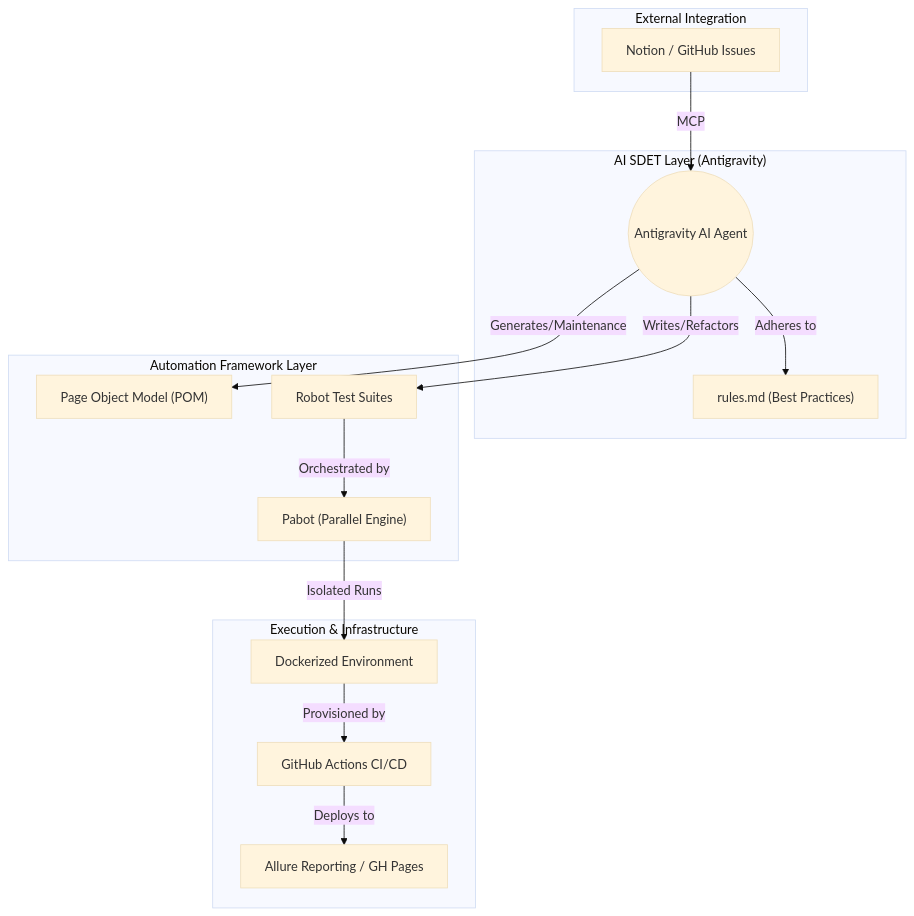
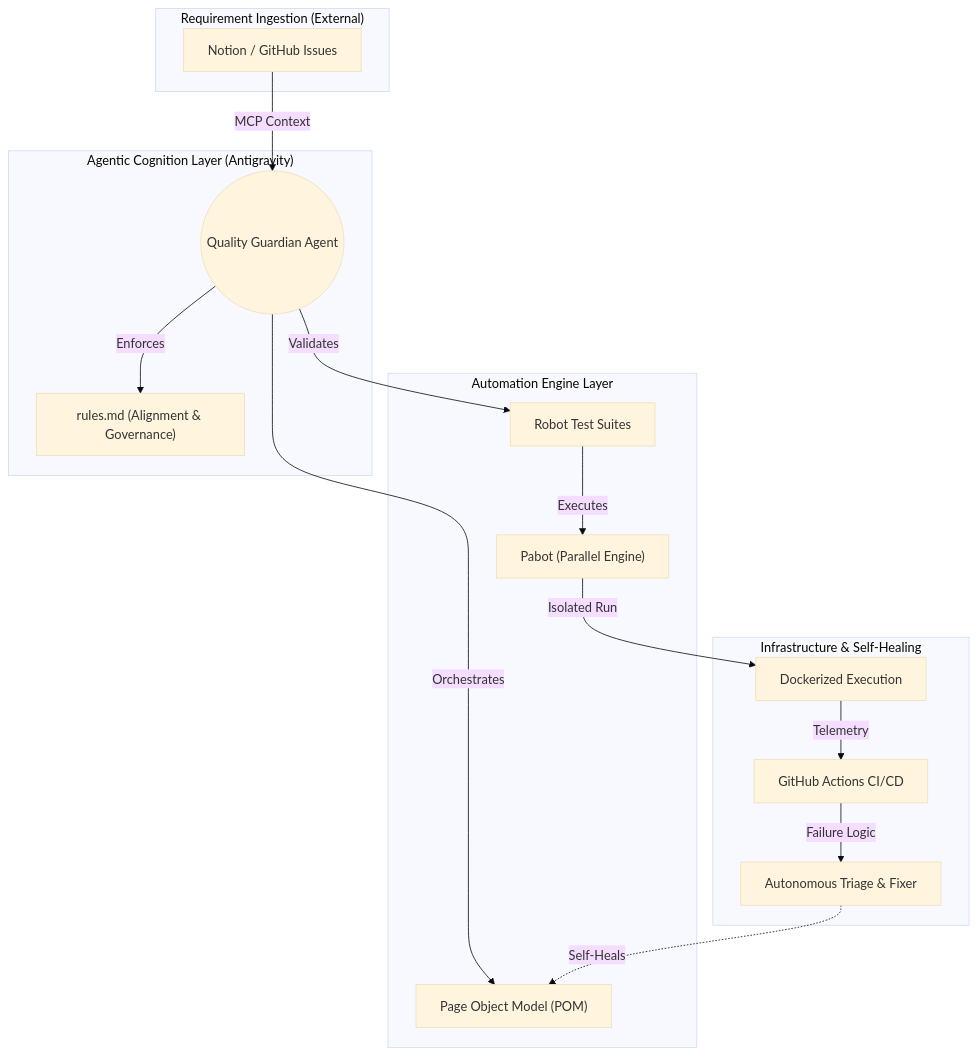
Before and after one commit to mehtomate/test-automation-playground: the first of 2 diagrams in README.md, drawn with Mermaid (base theme). The commit also changed other lines of this file and 5 other files, not shown here.

Commit message:
update agent prompts, rules and documentation

````diff
--- a/README.md
+++ b/README.md
@@ -15,32 +15,33 @@
 ```mermaid
 graph TD
-    subgraph "External Integration"
+    subgraph "Requirement Ingestion (External)"
         A["Notion / GitHub Issues"]
     end
 
-    subgraph "AI SDET Layer (Antigravity)"
-        B(("Antigravity AI Agent"))
-        Rules["rules.md (Best Practices)"]
+    subgraph "Agentic Cognition Layer (Antigravity)"
+        B(("Quality Guardian Agent"))
+        Rules["rules.md (Alignment & Governance)"]
     end
 
-    subgraph "Automation Framework Layer"
+    subgraph "Automation Engine Layer"
         E["Page Object Model (POM)"]
         D["Robot Test Suites"]
         P["Pabot (Parallel Engine)"]
     end
 
-    subgraph "Execution & Infrastructure"
-        F["Dockerized Environment"]
+    subgraph "Infrastructure & Self-Healing"
+        F["Dockerized Execution"]
         G["GitHub Actions CI/CD"]
-        H["Allure Reporting / GH Pages"]
+        H["Autonomous Triage & Fixer"]
     end
 
-    A -->|MCP| B
-    B -->|Adheres to| Rules
-    B -->|Generates/Maintenance| E
-    B -->|Writes/Refactors| D
-    D -->|Orchestrated by| P
-    P -->|Isolated Runs| F
-    F -->|Provisioned by| G
-    G -->|Deploys to| H
+    A -->|MCP Context| B
+    B -->|Enforces| Rules
+    B -->|Orchestrates| E
+    B -->|Validates| D
+    D -->|Executes| P
+    P -->|Isolated Run| F
+    F -->|Telemetry| G
+    G -->|Failure Logic| H
+    H -.->|Self-Heals| E
 ```
````
